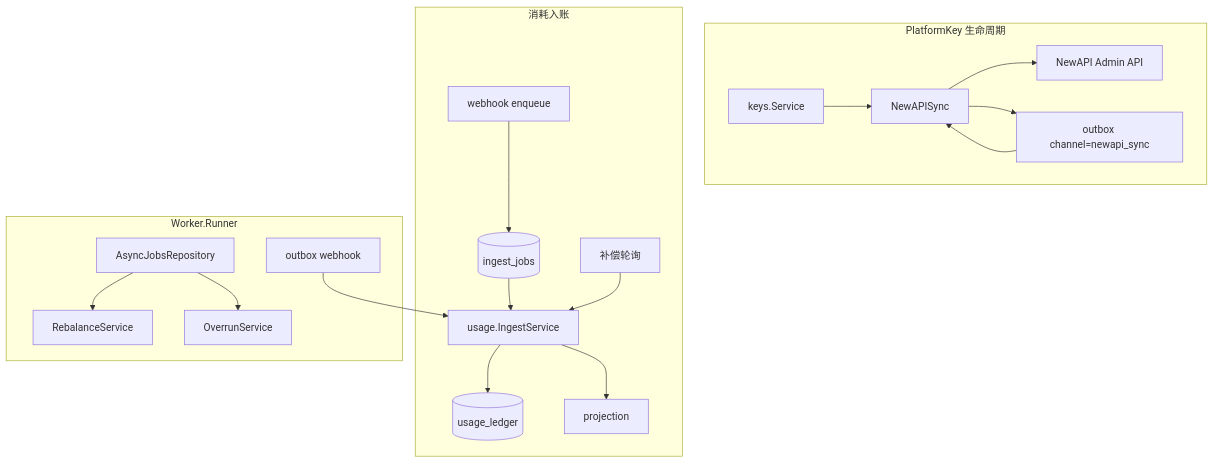
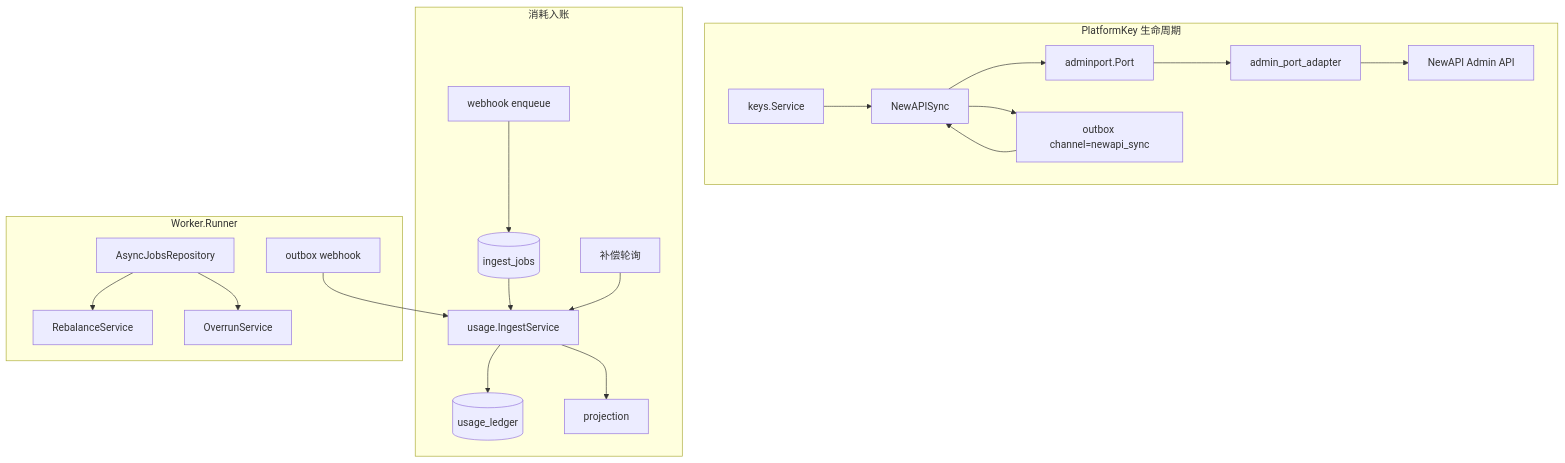
Before and after one commit to quyip8818/mytokenjoy: the fourth of 6 diagrams in docs/Backend-架构.md, drawn with Mermaid. The commit also changed other lines of this file and 13 other files, not shown here.

First line of the commit message:
docs: align architecture docs with current codebase

````diff
--- a/docs/Backend-架构.md
+++ b/docs/Backend-架构.md
@@ -320,23 +338,25 @@
 ```mermaid
 flowchart TB
   subgraph lifecycle [PlatformKey 生命周期]
     KEYS[keys.Service] --> LC[NewAPISync]
-    LC --> NA_API[NewAPI Admin API]
+    LC --> AP[adminport.Port]
+    AP --> ADP[admin_port_adapter]
+    ADP --> NA_API[NewAPI Admin API]
     LC --> OB_R[outbox channel=newapi_sync]
   end
 
   subgraph ingest [消耗入账]
     WH[webhook enqueue] --> Q[(ingest_jobs)]
     Q --> ING[usage.IngestService]
     COMP[补偿轮询] --> ING
     ING --> LEDGER[(usage_ledger)]
     ING --> PROJ[projection]
   end
 
   subgraph worker [Worker.Runner]
     OB_R --> LC
     OB_W[outbox webhook] --> ING
     JOBS[AsyncJobsRepository] --> RBS[RebalanceService]
     JOBS --> OVS[OverrunService]
   end
 ```
````
